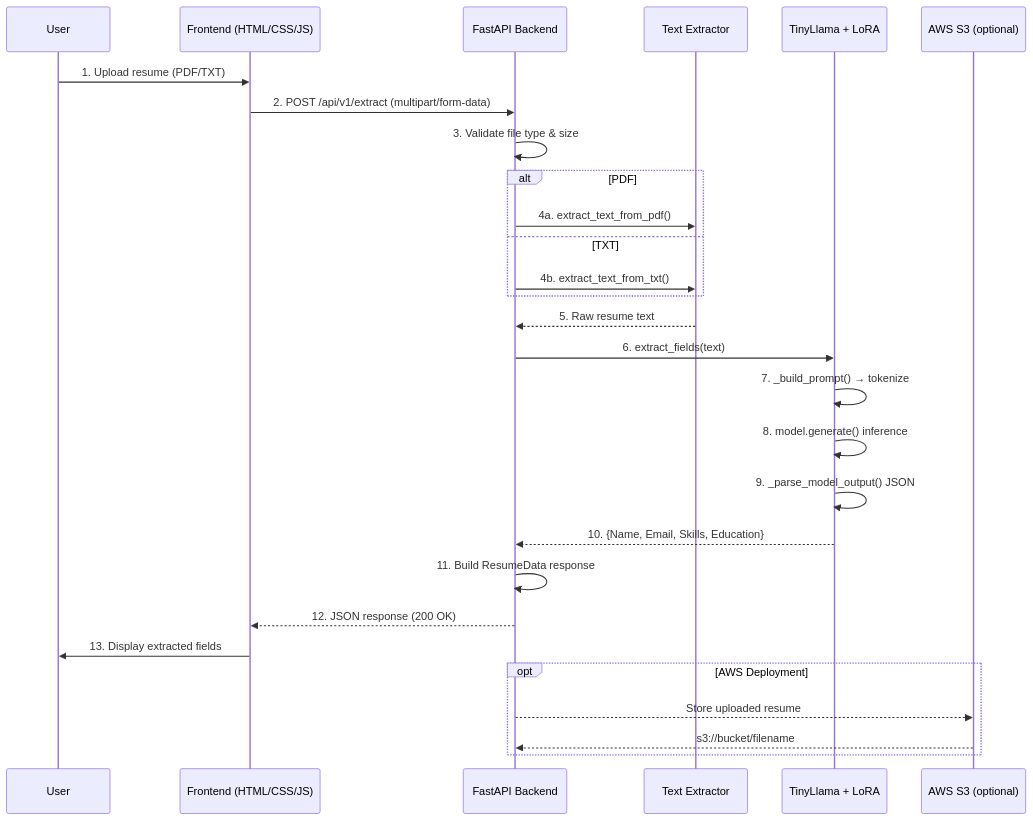
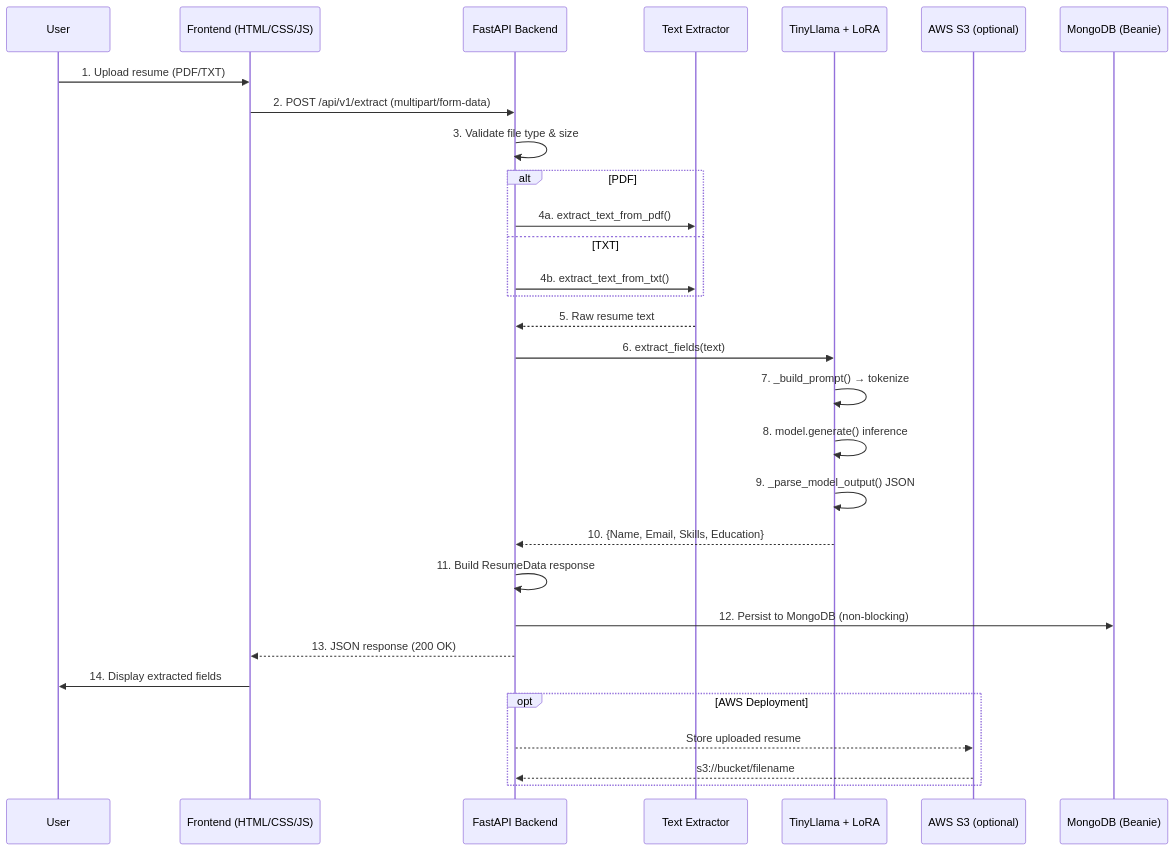
Before and after one commit to ahmedtvmer/resume-extractor: the diagram in README.md, drawn with Mermaid. The commit also changed other lines of this file and 4 other files, not shown here.

````diff
--- a/README.md
+++ b/README.md
@@ -33,32 +33,34 @@
 ```mermaid
 sequenceDiagram
     participant User
     participant Frontend as Frontend (HTML/CSS/JS)
     participant API as FastAPI Backend
     participant Parser as Text Extractor
     participant Model as TinyLlama + LoRA
     participant S3 as AWS S3 (optional)
+    participant DB as MongoDB (Beanie)
 
     User->>Frontend: 1. Upload resume (PDF/TXT)
     Frontend->>API: 2. POST /api/v1/extract (multipart/form-data)
     API->>API: 3. Validate file type & size
     alt PDF
         API->>Parser: 4a. extract_text_from_pdf()
     else TXT
         API->>Parser: 4b. extract_text_from_txt()
     end
     Parser-->>API: 5. Raw resume text
     API->>Model: 6. extract_fields(text)
     Model->>Model: 7. _build_prompt() → tokenize
     Model->>Model: 8. model.generate() inference
     Model->>Model: 9. _parse_model_output() JSON
     Model-->>API: 10. {Name, Email, Skills, Education}
     API->>API: 11. Build ResumeData response
-    API-->>Frontend: 12. JSON response (200 OK)
-    Frontend->>User: 13. Display extracted fields
+    API->>DB: 12. Persist to MongoDB (non-blocking)
+    API-->>Frontend: 13. JSON response (200 OK)
+    Frontend->>User: 14. Display extracted fields
 
     opt AWS Deployment
         API-->>S3: Store uploaded resume
         S3-->>API: s3://bucket/filename
     end
 ```
````
